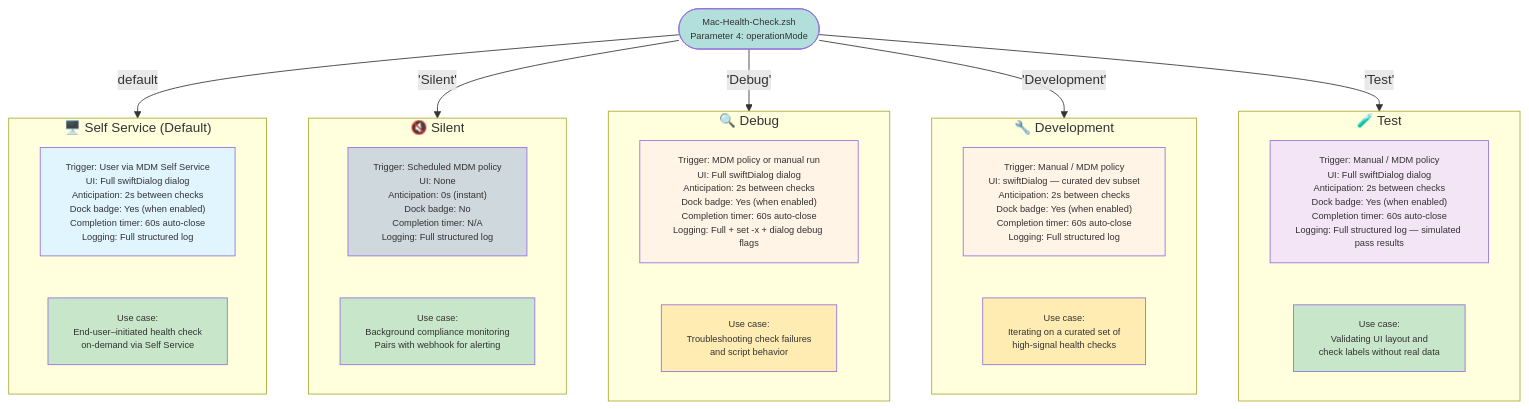
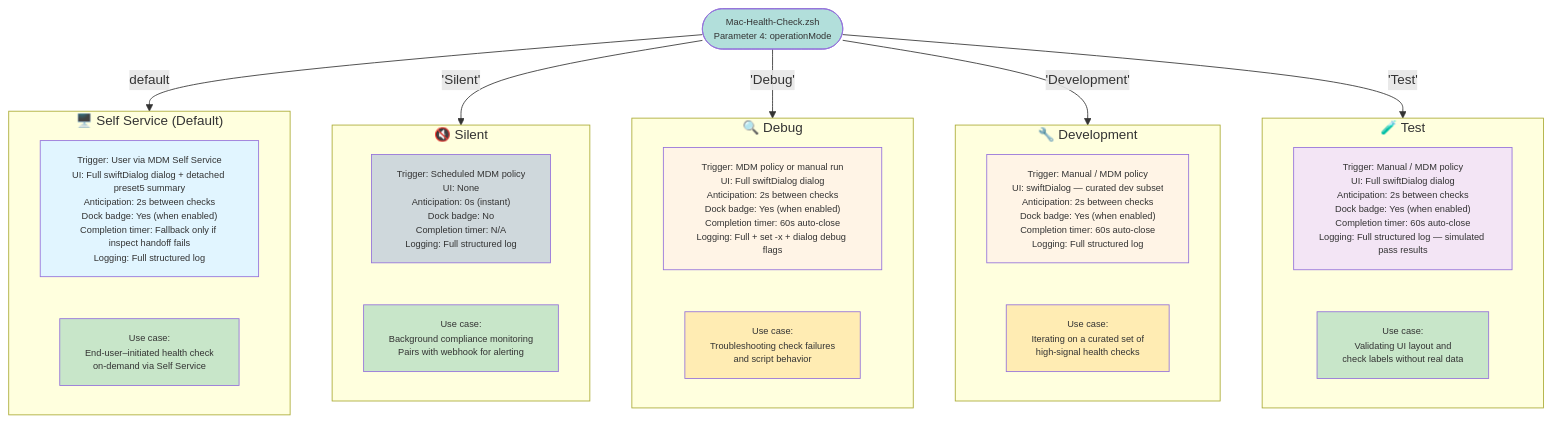
The diagram in Diagrams/05-operation-modes.md (HowardGMac/Mac-Health-Check), drawn with Mermaid before and after one commit. The commit also changed other lines of this file and 9 other files, not shown here.

````diff
--- a/Diagrams/05-operation-modes.md
+++ b/Diagrams/05-operation-modes.md
@@ -5,54 +5,54 @@
 ```mermaid
 graph TB
     ENTRY(["Mac-Health-Check.zsh<br>Parameter 4: operationMode"])
 
     subgraph SelfService["🖥️ Self Service (Default)"]
-        SS_DESC["Trigger: User via MDM Self Service<br>UI: Full swiftDialog dialog<br>Anticipation: 2s between checks<br>Dock badge: Yes (when enabled)<br>Completion timer: 60s auto-close<br>Logging: Full structured log"]
+        SS_DESC["Trigger: User via MDM Self Service<br>UI: Full swiftDialog dialog + detached preset5 summary<br>Anticipation: 2s between checks<br>Dock badge: Yes (when enabled)<br>Completion timer: Fallback only if inspect handoff fails<br>Logging: Full structured log"]
         SS_USE["Use case:<br>End-user–initiated health check<br>on-demand via Self Service"]
 
         style SS_DESC fill:#e1f5ff
         style SS_USE fill:#c8e6c9
     end
 
     subgraph Silent["🔇 Silent"]
         SL_DESC["Trigger: Scheduled MDM policy<br>UI: None<br>Anticipation: 0s (instant)<br>Dock badge: No<br>Completion timer: N/A<br>Logging: Full structured log"]
         SL_USE["Use case:<br>Background compliance monitoring<br>Pairs with webhook for alerting"]
 
         style SL_DESC fill:#cfd8dc
         style SL_USE fill:#c8e6c9
     end
 
     subgraph Debug["🔍 Debug"]
         DB_DESC["Trigger: MDM policy or manual run<br>UI: Full swiftDialog dialog<br>Anticipation: 2s between checks<br>Dock badge: Yes (when enabled)<br>Completion timer: 60s auto-close<br>Logging: Full + set -x + dialog debug flags"]
         DB_USE["Use case:<br>Troubleshooting check failures<br>and script behavior"]
 
         style DB_DESC fill:#fff4e6
         style DB_USE fill:#ffecb3
     end
 
     subgraph Development["🔧 Development"]
         DV_DESC["Trigger: Manual / MDM policy<br>UI: swiftDialog — curated dev subset<br>Anticipation: 2s between checks<br>Dock badge: Yes (when enabled)<br>Completion timer: 60s auto-close<br>Logging: Full structured log"]
         DV_USE["Use case:<br>Iterating on a curated set of<br>high-signal health checks"]
 
         style DV_DESC fill:#fff4e6
         style DV_USE fill:#ffecb3
     end
 
     subgraph Test["🧪 Test"]
         TS_DESC["Trigger: Manual / MDM policy<br>UI: Full swiftDialog dialog<br>Anticipation: 2s between checks<br>Dock badge: Yes (when enabled)<br>Completion timer: 60s auto-close<br>Logging: Full structured log — simulated pass results"]
         TS_USE["Use case:<br>Validating UI layout and<br>check labels without real data"]
 
         style TS_DESC fill:#f3e5f5
         style TS_USE fill:#c8e6c9
     end
 
     ENTRY -->|default| SelfService
     ENTRY -->|"'Silent'"| Silent
     ENTRY -->|"'Debug'"| Debug
     ENTRY -->|"'Development'"| Development
     ENTRY -->|"'Test'"| Test
 
     style ENTRY fill:#b2dfdb
 
     classDef default font-size:11px
 ```
````
